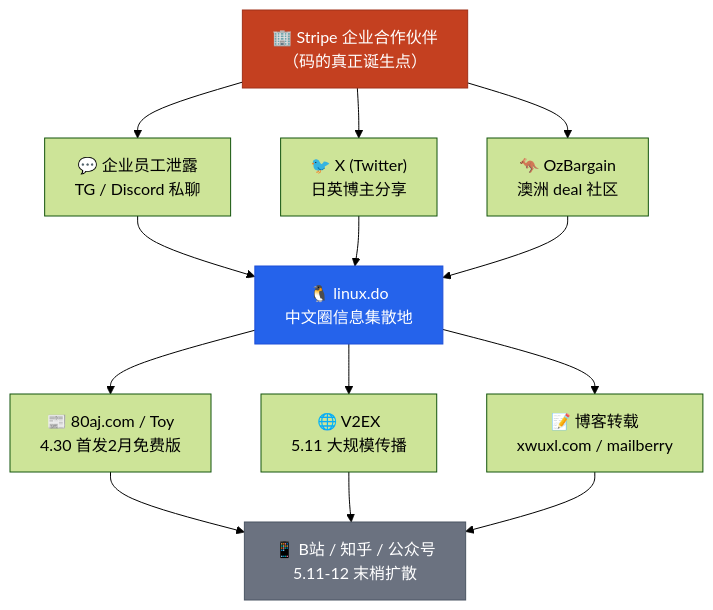
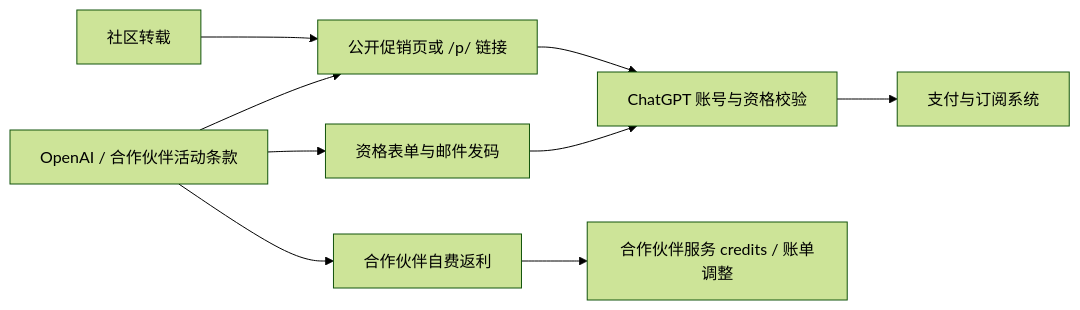
One commit to YouToco/zhuoqidev.com changed the diagram in content/posts/chatgpt-business-promo-investigation.md. Above: the diagram before and after it, drawn with Mermaid (forest theme). The commit also changed other lines of this file and 1 other file, not shown here.

Commit message:
fix: correct ChatGPT Business promo investigation

```diff
--- a/content/posts/chatgpt-business-promo-investigation.md
+++ b/content/posts/chatgpt-business-promo-investigation.md
@@ -120,24 +120,11 @@
 {{< mermaid >}}
-flowchart TD
-    A["🏢 Stripe 企业合作伙伴<br/>（码的真正诞生点）"]
-    
-    A --> B["💬 企业员工泄露<br/>TG / Discord 私聊"]
-    A --> C["🐦 X (Twitter)<br/>日英博主分享"]
-    A --> D["🦘 OzBargain<br/>澳洲 deal 社区"]
-    
-    B --> E["🐧 linux.do<br/>中文圈信息集散地"]
+flowchart LR
+    A["OpenAI / 合作伙伴活动条款"] --> B["公开促销页或 /p/ 链接"]
+    A --> C["资格表单与邮件发码"]
+    A --> D["合作伙伴自费返利"]
+    B --> E["ChatGPT 账号与资格校验"]
     C --> E
-    D --> E
-    
-    E --> F["📰 80aj.com / Toy<br/>4.30 首发2月免费版"]
-    E --> G["🌐 V2EX<br/>5.11 大规模传播"]
-    E --> H["📝 博客转载<br/>xwuxl.com / mailberry"]
-    
-    F --> I["📱 B站 / 知乎 / 公众号<br/>5.11-12 末梢扩散"]
-    G --> I
-    H --> I
-
-    style A fill:#c44020,stroke:#a03018,color:#fff
-    style E fill:#2563eb,stroke:#1d4ed8,color:#fff
-    style I fill:#6b7280,stroke:#4b5563,color:#fff
+    E --> F["支付与订阅系统"]
+    D --> G["合作伙伴服务 credits / 账单调整"]
+    H["社区转载"] --> B
 {{< /mermaid >}}
```
